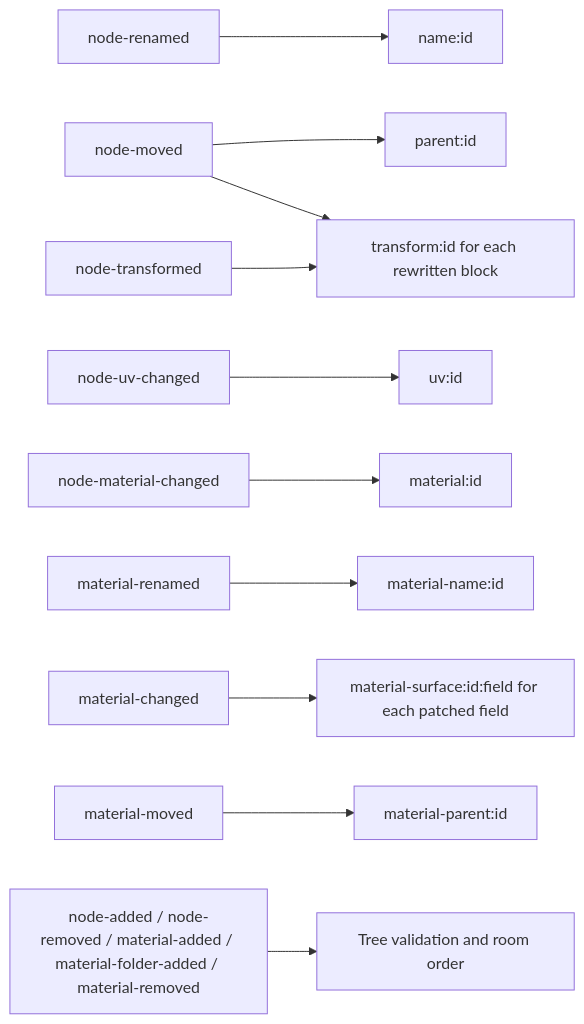
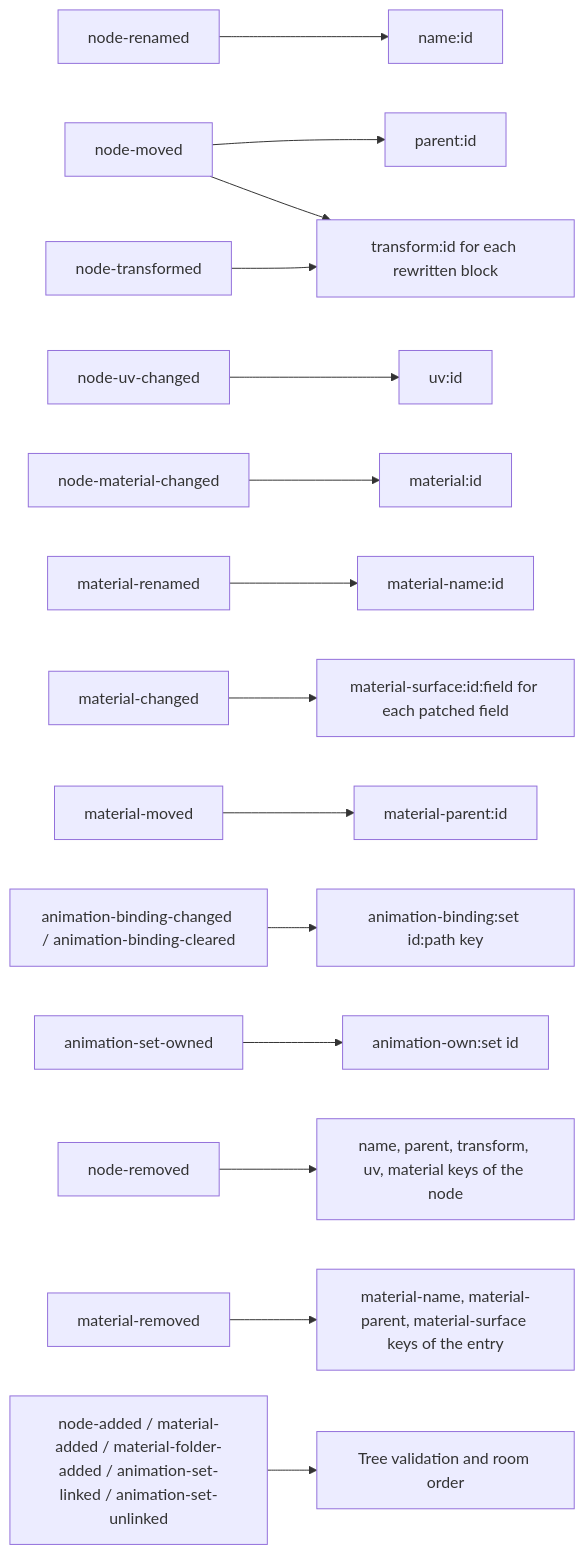
The second of 2 diagrams in packages/assets/voxel-model/ARCHITECTURE.md (JollyPixel/editor), drawn with Mermaid before and after one commit. The commit also changed other lines of this file and 203 other files, not shown here.

````diff
--- a/packages/assets/voxel-model/ARCHITECTURE.md
+++ b/packages/assets/voxel-model/ARCHITECTURE.md
@@ -19,13 +21,17 @@
 ```mermaid
 flowchart LR
     Rename["node-renamed"] --> Name["name:id"]
     Move["node-moved"] --> Parent["parent:id"]
     Move --> Transform["transform:id for each rewritten block"]
     Edit["node-transformed"] --> Transform
     Uv["node-uv-changed"] --> UvKey["uv:id"]
     Material["node-material-changed"] --> MaterialKey["material:id"]
     MaterialName["material-renamed"] --> MaterialNameKey["material-name:id"]
     MaterialSurface["material-changed"] --> MaterialSurfaceKey["material-surface:id:field for each patched field"]
     MaterialMove["material-moved"] --> MaterialParentKey["material-parent:id"]
-    AddRemove["node-added / node-removed / material-added / material-folder-added / material-removed"] --> Order["Tree validation and room order"]
+    Binding["animation-binding-changed / animation-binding-cleared"] --> BindingKey["animation-binding:set id:path key"]
+    Owned["animation-set-owned"] --> OwnKey["animation-own:set id"]
+    NodeRemove["node-removed"] --> NodeValues["name, parent, transform, uv, material keys of the node"]
+    MaterialRemove["material-removed"] --> MaterialValues["material-name, material-parent, material-surface keys of the entry"]
+    AddRemove["node-added / material-added / material-folder-added / animation-set-linked / animation-set-unlinked"] --> Order["Tree validation and room order"]
 ```
````
